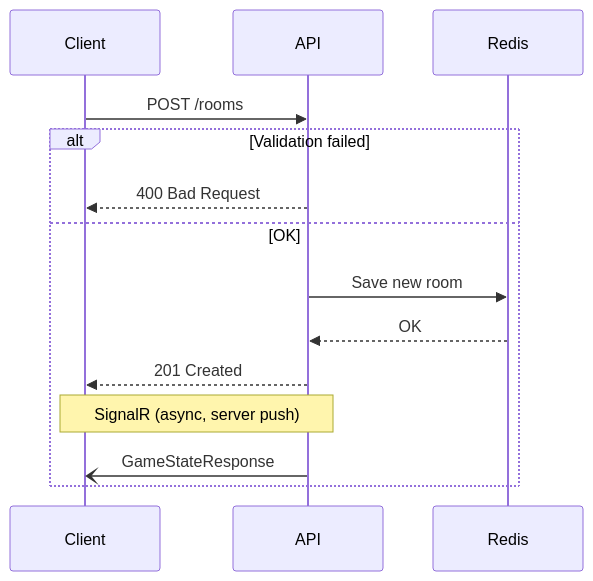
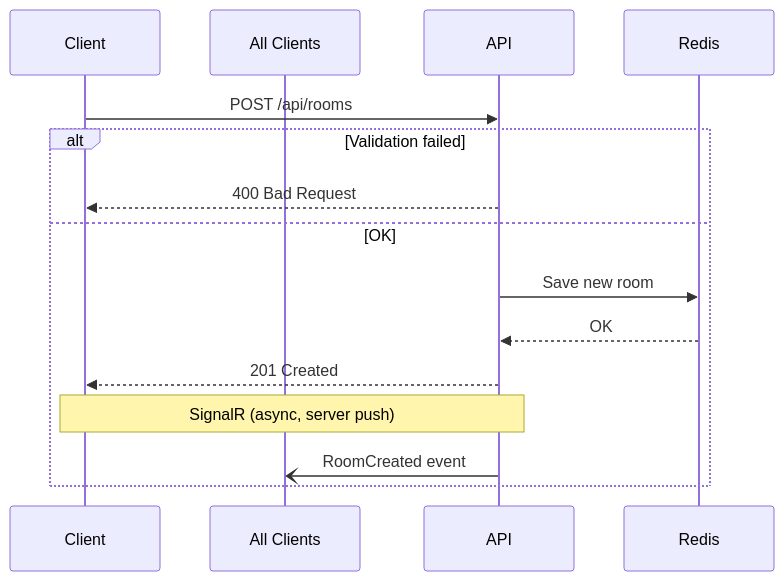
One commit to spicycoder/scrum-poker changed the first of 6 diagrams in docs/endpoints.md. Above: the diagram before and after it, drawn with Mermaid. The commit also changed other lines of this file and 72 other files, not shown here.

````diff
--- a/docs/endpoints.md
+++ b/docs/endpoints.md
@@ -11,17 +13,18 @@
 ```mermaid
 sequenceDiagram
     participant C as Client
+    participant All as All Clients
     participant API as API
     participant R as Redis
 
-    C->>API: POST /rooms
+    C->>API: POST /api/rooms
     alt Validation failed
         API-->>C: 400 Bad Request
     else OK
         API->>R: Save new room
         R-->>API: OK
         API-->>C: 201 Created
         Note over API,C: SignalR (async, server push)
-        API-)C: GameStateResponse
+        API-)All: RoomCreated event
     end
 ```
````
